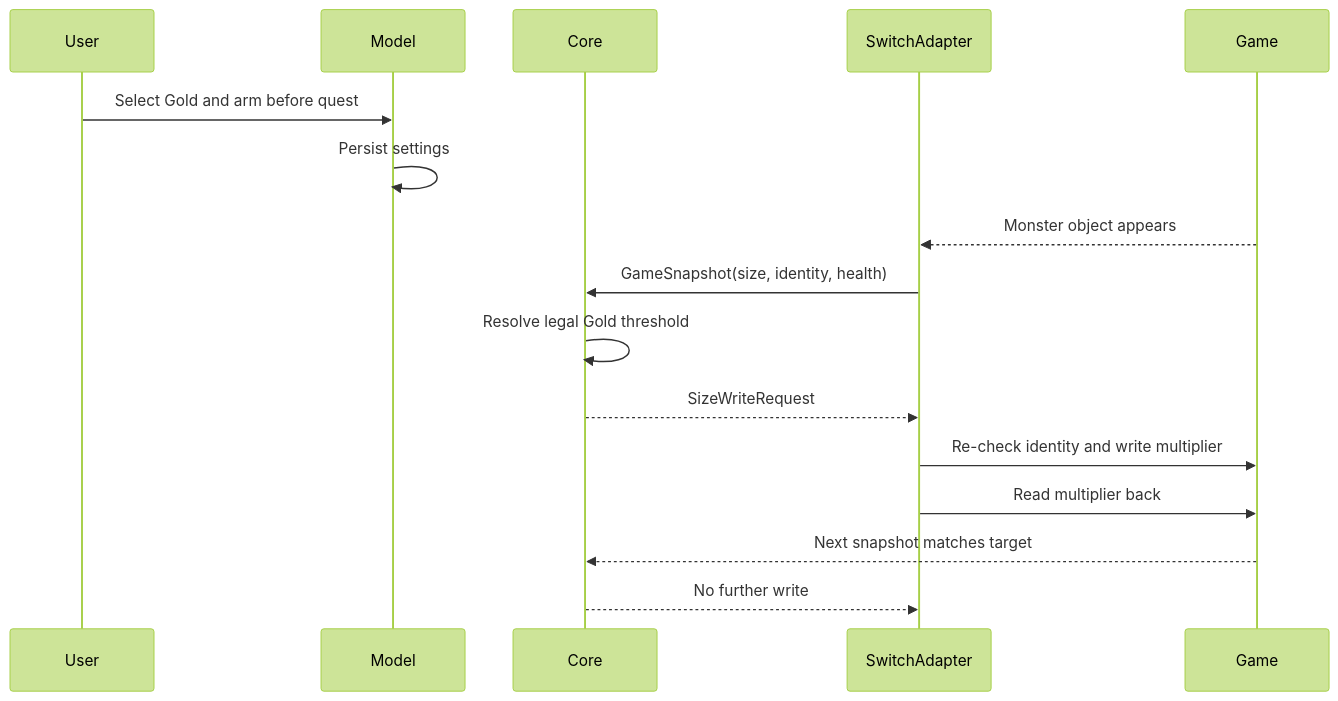
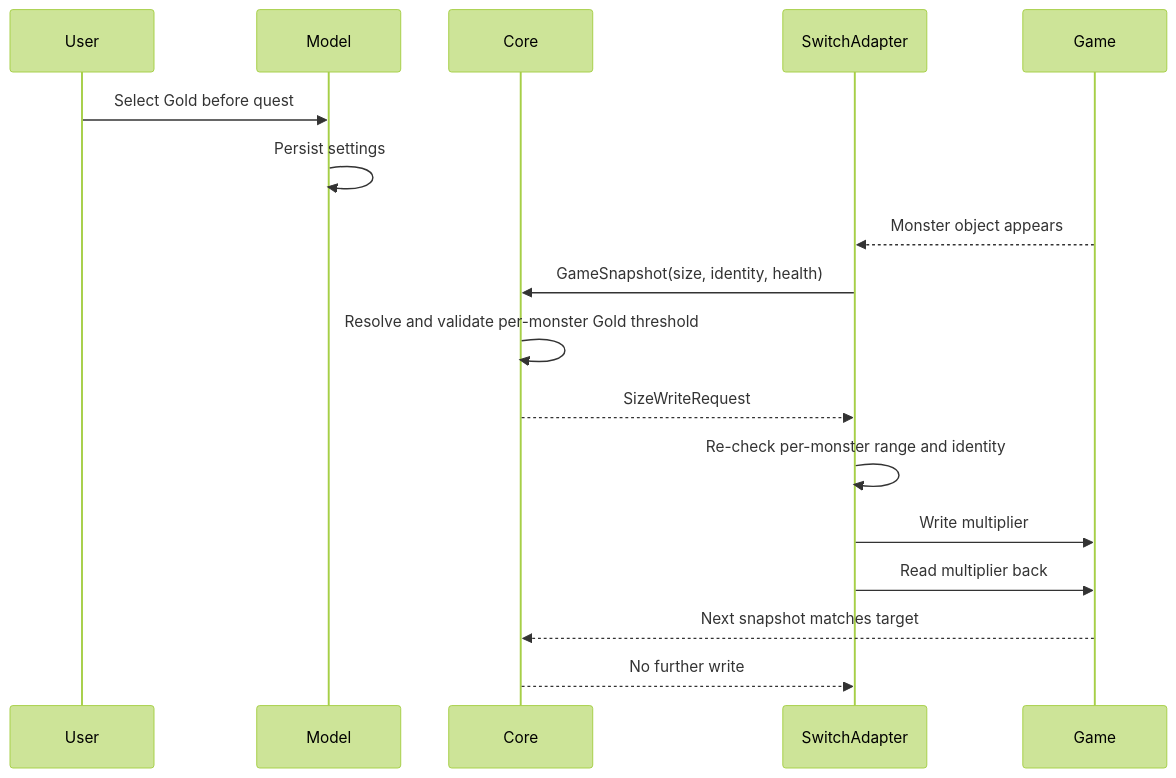
Before and after one commit to jinghaihan/mhgu-overlay: the second of 2 diagrams in docs/architecture.md, drawn with Mermaid (forest theme). The commit also changed other lines of this file and 3 other files, not shown here.

Commit message:
docs: explain per-monster crown size safety

````diff
--- a/docs/architecture.md
+++ b/docs/architecture.md
@@ -165,19 +171,20 @@
 ```mermaid
 sequenceDiagram
     participant User
     participant Model
     participant Core
     participant SwitchAdapter
     participant Game
 
-    User->>Model: Select Gold and arm before quest
+    User->>Model: Select Gold before quest
     Model->>Model: Persist settings
     Game-->>SwitchAdapter: Monster object appears
     SwitchAdapter->>Core: GameSnapshot(size, identity, health)
-    Core->>Core: Resolve legal Gold threshold
+    Core->>Core: Resolve and validate per-monster Gold threshold
     Core-->>SwitchAdapter: SizeWriteRequest
-    SwitchAdapter->>Game: Re-check identity and write multiplier
+    SwitchAdapter->>SwitchAdapter: Re-check per-monster range and identity
+    SwitchAdapter->>Game: Write multiplier
     SwitchAdapter->>Game: Read multiplier back
     Game-->>Core: Next snapshot matches target
     Core-->>SwitchAdapter: No further write
 ```
````
